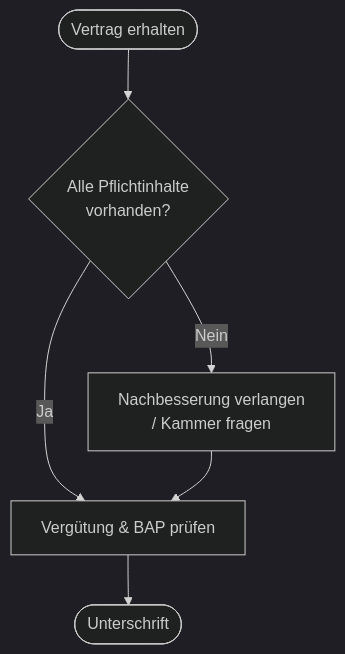
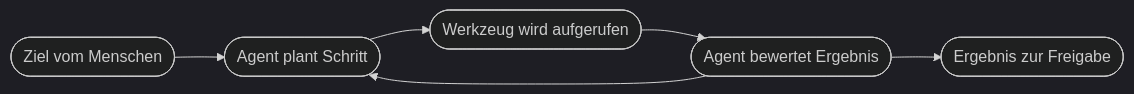
One commit to Qualidy/KI-Engineering-KI-Agenten-und-Workflow-Automatisierung changed the second of 3 diagrams in docs/content/kapitel2.md. Above: the diagram before and after it, drawn with Mermaid (dark theme). The commit also changed other lines of this file and 297 other files, not shown here.

````diff
--- a/docs/content/kapitel2.md
+++ b/docs/content/kapitel2.md
@@ -119,8 +104,8 @@
 ```mermaid
-flowchart TD
-    A([Vertrag erhalten]) --> B{Alle Pflichtinhalte\nvorhanden?}
-    B -->|Ja| C[Vergütung & BAP prüfen]
-    B -->|Nein| D[Nachbesserung verlangen\n/ Kammer fragen]
-    C --> E([Unterschrift])
-    D --> C
+flowchart LR
+    A([Ziel vom Menschen]) --> B([Agent plant Schritt])
+    B --> C([Werkzeug wird aufgerufen])
+    C --> D([Agent bewertet Ergebnis])
+    D --> B
+    D --> E([Ergebnis zur Freigabe])
 ```
````
